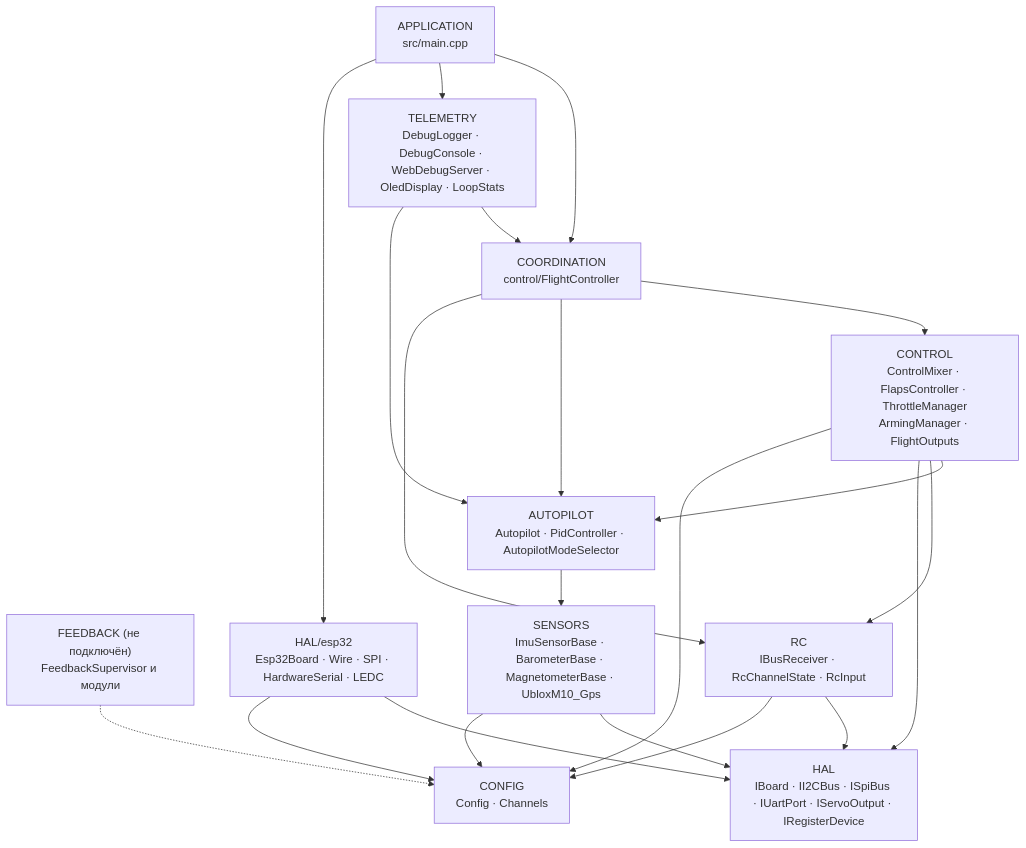
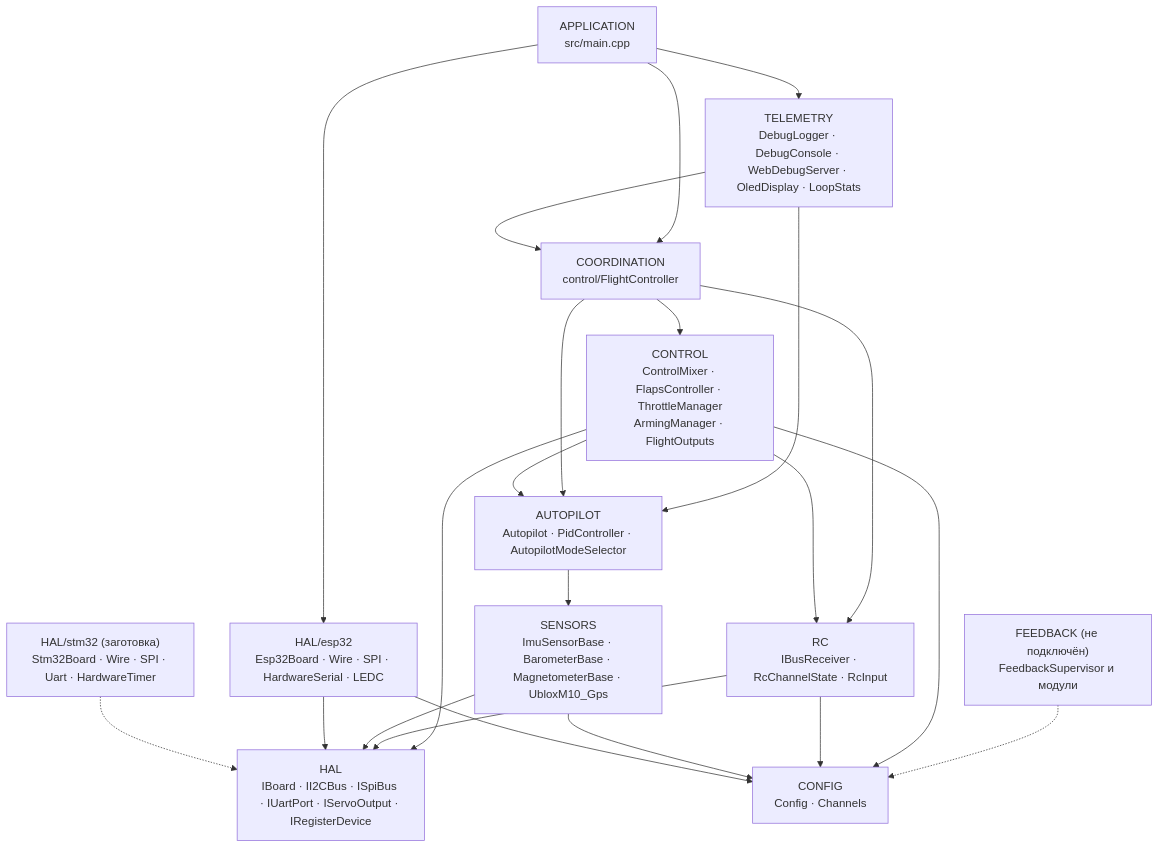
One commit to damir-lebedev/OpenPlaneProject changed the first of 10 diagrams in docs/ARCHITECTURE.md. Above: the diagram before and after it, drawn with Mermaid. The commit also changed other lines of this file and 21 other files, not shown here.

First line of the commit message:
Add STM32H743 HAL stubs and a bring-up build

````diff
--- a/docs/ARCHITECTURE.md
+++ b/docs/ARCHITECTURE.md
@@ -59,35 +59,37 @@
 ```mermaid
 flowchart TD
     APP["APPLICATION<br/>src/main.cpp"]
     COORD["COORDINATION<br/>control/FlightController"]
     TELE["TELEMETRY<br/>DebugLogger · DebugConsole · WebDebugServer · OledDisplay · LoopStats"]
     CTRL["CONTROL<br/>ControlMixer · FlapsController · ThrottleManager<br/>ArmingManager · FlightOutputs"]
     AP["AUTOPILOT<br/>Autopilot · PidController · AutopilotModeSelector"]
     FB["FEEDBACK (не подключён)<br/>FeedbackSupervisor и модули"]
     RC["RC<br/>IBusReceiver · RcChannelState · RcInput"]
     SENS["SENSORS<br/>ImuSensorBase · BarometerBase · MagnetometerBase · UbloxM10_Gps"]
     HAL["HAL<br/>IBoard · II2CBus · ISpiBus · IUartPort · IServoOutput · IRegisterDevice"]
     ESP["HAL/esp32<br/>Esp32Board · Wire · SPI · HardwareSerial · LEDC"]
+    STM["HAL/stm32 (заготовка)<br/>Stm32Board · Wire · SPI · Uart · HardwareTimer"]
     CFG["CONFIG<br/>Config · Channels"]
 
     APP --> COORD
     APP --> TELE
     APP --> ESP
     TELE --> COORD
     TELE --> AP
     COORD --> CTRL
     COORD --> AP
     COORD --> RC
     CTRL --> AP
     CTRL --> RC
     CTRL --> HAL
     AP --> SENS
     RC --> HAL
     SENS --> HAL
     ESP --> HAL
+    STM -.-> HAL
     FB -.-> CFG
     CTRL --> CFG
     RC --> CFG
     SENS --> CFG
     ESP --> CFG
 ```
````
